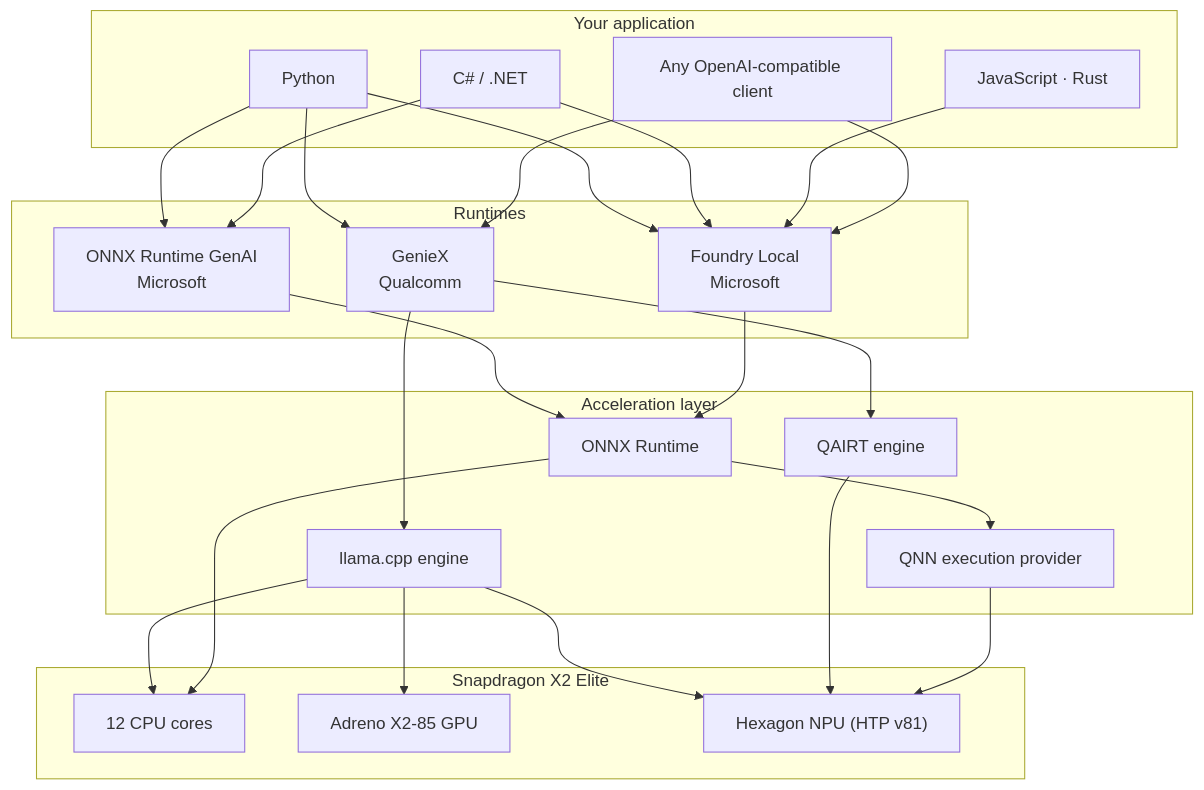
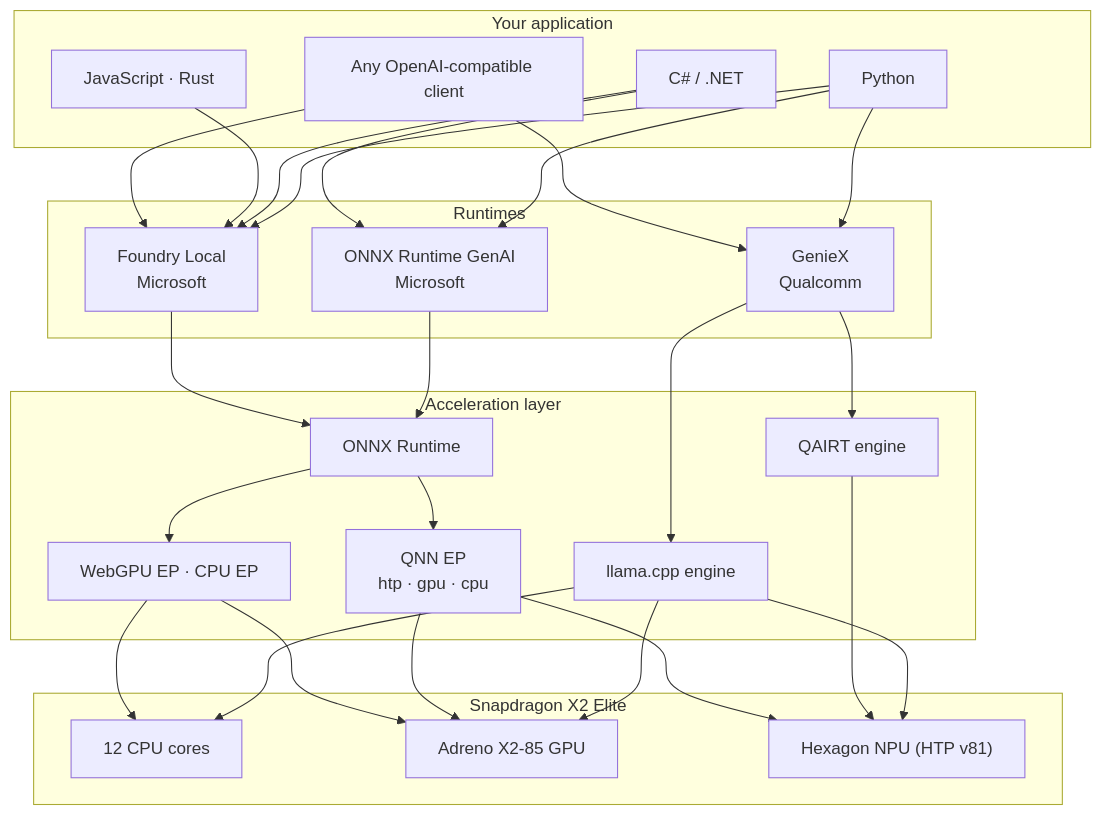
Before and after one commit to Tripperist/Atlas: the first of 3 diagrams in README.md, drawn with Mermaid. The commit also changed other lines of this file and 2 other files, not shown here.

First line of the commit message:
docs: Foundry and ORT GenAI reach CPU and GPU too; llama.cpp outside GenieX

````diff
--- a/README.md
+++ b/README.md
@@ -203,50 +203,54 @@
 ```mermaid
 flowchart TB
     subgraph APP["Your application"]
         PY["Python"]
         CS["C# / .NET"]
         OTH["JavaScript · Rust"]
         HTTP["Any OpenAI-compatible client"]
     end
 
     subgraph RT["Runtimes"]
         GX["GenieX<br/>Qualcomm"]
         ORT["ONNX Runtime GenAI<br/>Microsoft"]
         FL["Foundry Local<br/>Microsoft"]
     end
 
     subgraph EP["Acceleration layer"]
         LC["llama.cpp engine"]
         QA["QAIRT engine"]
         ORTC["ONNX Runtime"]
-        QNN["QNN execution provider"]
+        QNN["QNN EP<br/>htp · gpu · cpu"]
+        OEP["WebGPU EP · CPU EP"]
     end
 
     subgraph HW["Snapdragon X2 Elite"]
         CPU["12 CPU cores"]
         GPU["Adreno X2-85 GPU"]
         NPU["Hexagon NPU (HTP v81)"]
     end
 
     PY --> GX
     PY --> ORT
     PY --> FL
     CS --> ORT
     CS --> FL
     OTH --> FL
     HTTP --> GX
     HTTP --> FL
 
     GX --> LC
     GX --> QA
     ORT --> ORTC
     FL --> ORTC
     ORTC --> QNN
+    ORTC --> OEP
 
     LC --> CPU
     LC --> GPU
     LC --> NPU
     QA --> NPU
     QNN --> NPU
-    ORTC --> CPU
+    QNN --> GPU
+    OEP --> GPU
+    OEP --> CPU
 ```
````
